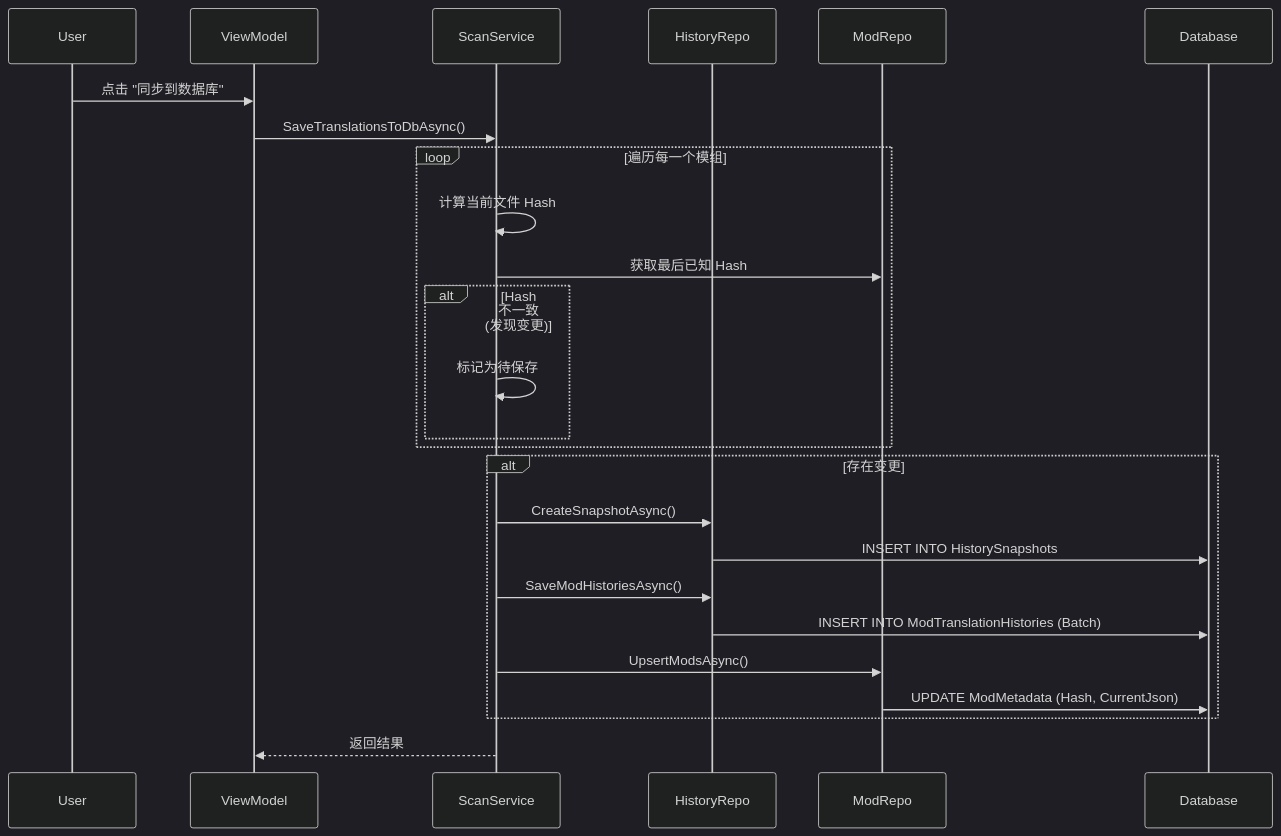
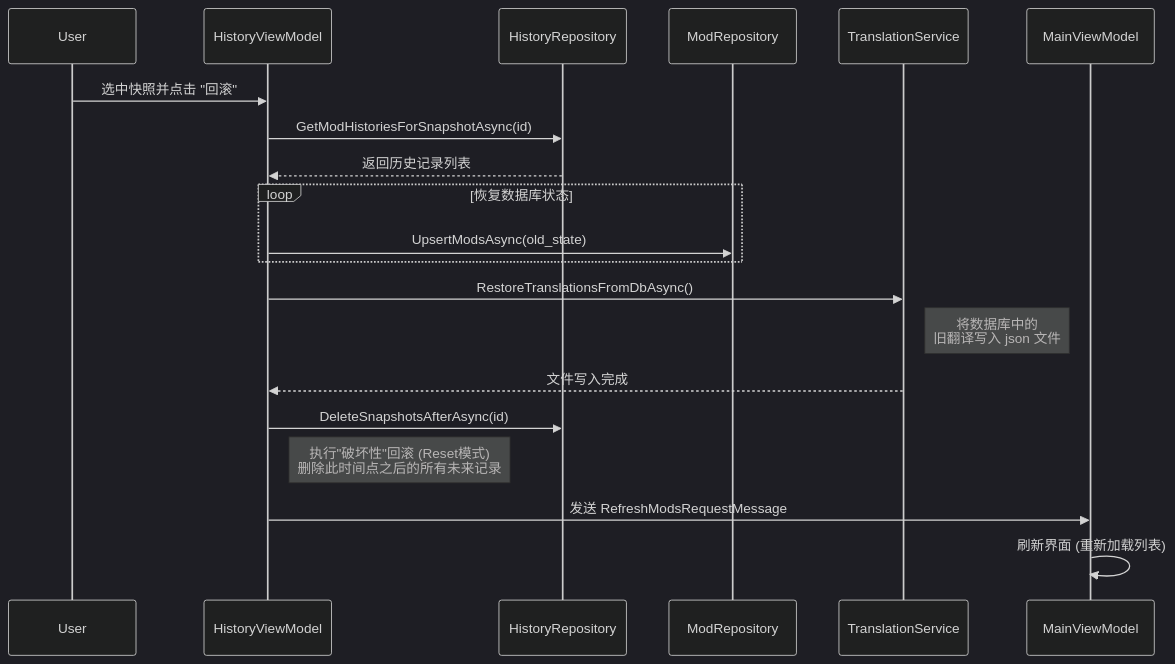
The fourth of 5 diagrams in docs/ARCHITECTURE.md (Sisyphean-a/SMTMS), drawn with Mermaid (dark theme) before and after one commit. The commit also changed other lines of this file and 1 other file, not shown here.

Commit message:
chore: 移除解决方案中的 SMTMS.UI 项目并更新架构图文档

````diff
--- a/docs/ARCHITECTURE.md
+++ b/docs/ARCHITECTURE.md
@@ -65,33 +164,27 @@
 ```mermaid
 sequenceDiagram
     participant User
-    participant ViewModel
-    participant ScanService
-    participant HistoryRepo
-    participant ModRepo
-    participant Database
+    participant HistoryVM as HistoryViewModel
+    participant HistoryRepo as HistoryRepository
+    participant ModRepo as ModRepository
+    participant TransSvc as TranslationService
+    participant MainVM as MainViewModel
 
-    User->>ViewModel: 点击 "同步到数据库"
-    ViewModel->>ScanService: SaveTranslationsToDbAsync()
-    
-    loop 遍历每一个模组
-        ScanService->>ScanService: 计算当前文件 Hash
-        ScanService->>ModRepo: 获取最后已知 Hash
-        alt Hash 不一致 (发现变更)
-            ScanService->>ScanService: 标记为待保存
-        end
+    User->>HistoryVM: 选中快照并点击 "回滚"
+    HistoryVM->>HistoryRepo: GetModHistoriesForSnapshotAsync(id)
+    HistoryRepo-->>HistoryVM: 返回历史记录列表
+
+    loop 恢复数据库状态
+        HistoryVM->>ModRepo: UpsertModsAsync(old_state)
     end
 
-    alt 存在变更
-        ScanService->>HistoryRepo: CreateSnapshotAsync()
-        HistoryRepo->>Database: INSERT INTO HistorySnapshots
-        
-        ScanService->>HistoryRepo: SaveModHistoriesAsync()
-        HistoryRepo->>Database: INSERT INTO ModTranslationHistories (Batch)
-        
-        ScanService->>ModRepo: UpsertModsAsync()
-        ModRepo->>Database: UPDATE ModMetadata (Hash, CurrentJson)
-    end
-    
-    ScanService-->>ViewModel: 返回结果
+    HistoryVM->>TransSvc: RestoreTranslationsFromDbAsync()
+    note right of TransSvc: 将数据库中的<br/>旧翻译写入 json 文件
+    TransSvc-->>HistoryVM: 文件写入完成
+
+    HistoryVM->>HistoryRepo: DeleteSnapshotsAfterAsync(id)
+    note right of HistoryVM: 执行"破坏性"回滚 (Reset模式)<br/>删除此时间点之后的所有未来记录
+
+    HistoryVM->>MainVM: 发送 RefreshModsRequestMessage
+    MainVM->>MainVM: 刷新界面 (重新加载列表)
 ```
````
